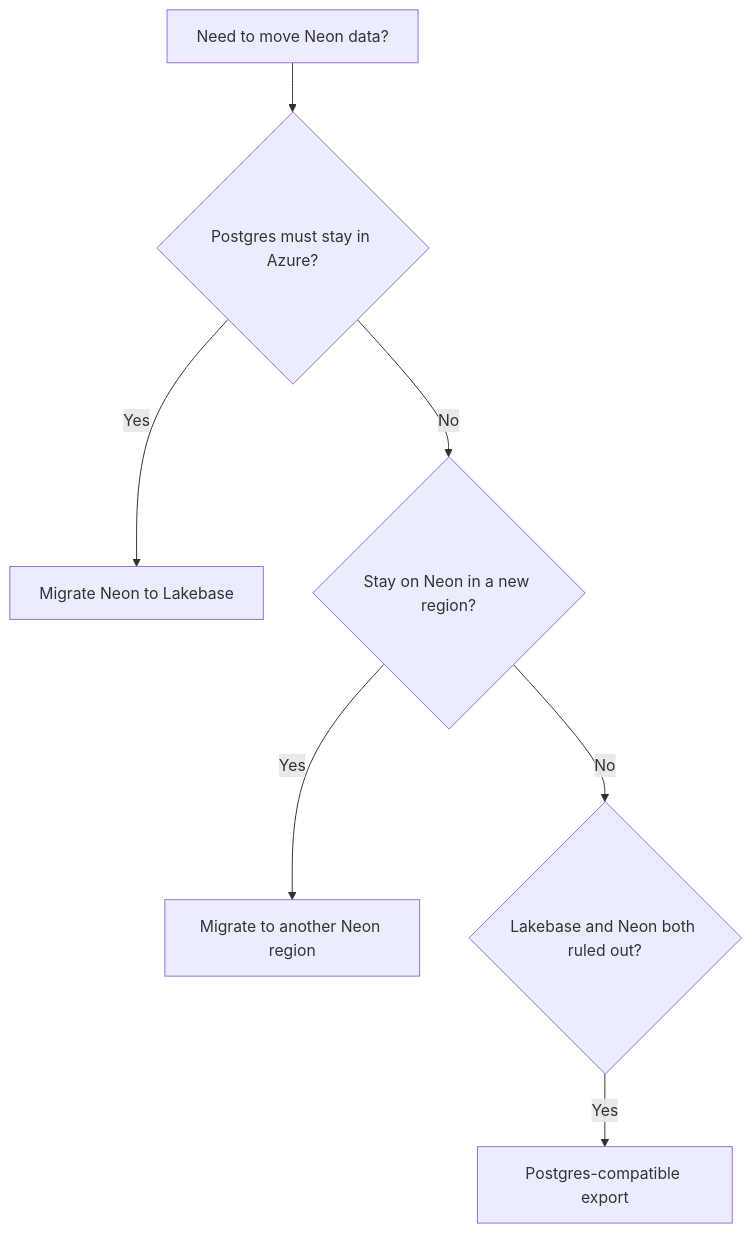
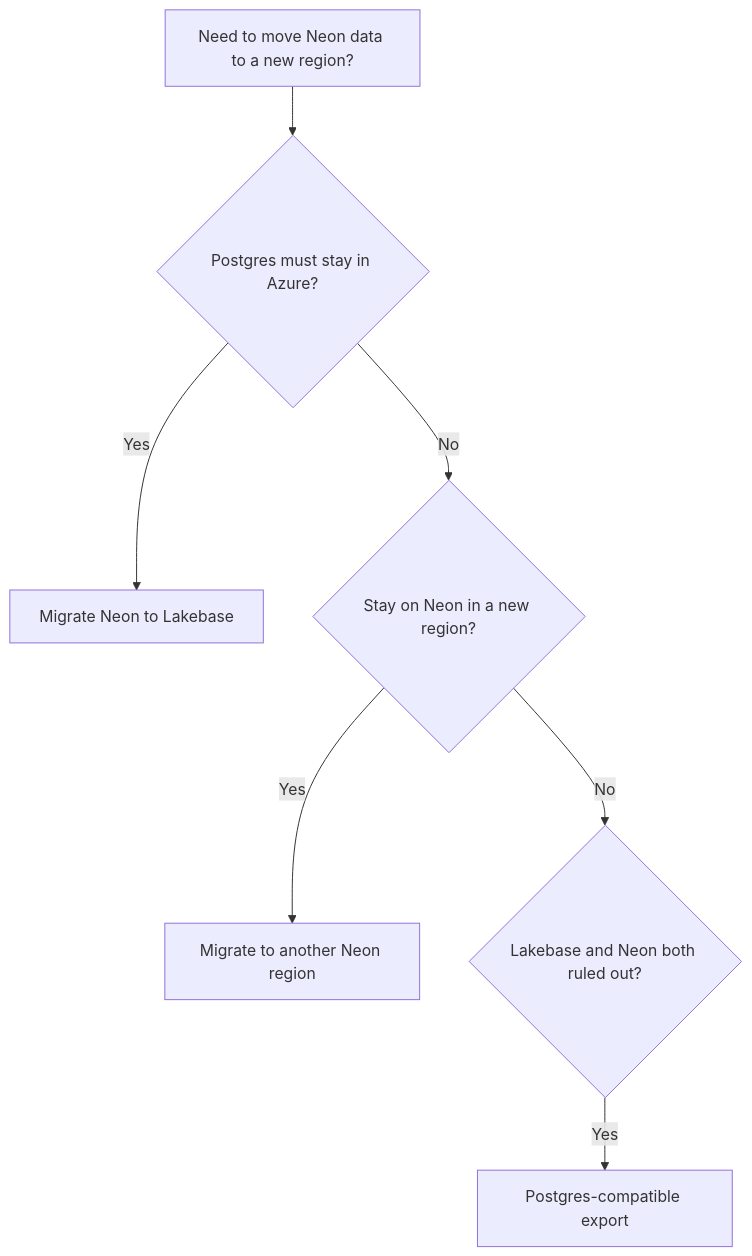
Before and after one commit to dhanushreddy291/neon-website: the diagram in content/docs/guides/region-migration.md, drawn with Mermaid. The commit also changed other lines of this file and 3 other files, not shown here.

````diff
--- a/content/docs/guides/region-migration.md
+++ b/content/docs/guides/region-migration.md
@@ -31,17 +31,17 @@
 ```mermaid
 flowchart TD
-  start["Need to move Neon data?"]
+  start["Need to move Neon data to a new region?"]
   q1{"Postgres must stay in Azure?"}
   lake["Migrate Neon to Lakebase"]
   q2{"Stay on Neon in a new region?"}
   neon["Migrate to another Neon region"]
   q3{"Lakebase and Neon both ruled out?"}
   exp["Postgres-compatible export"]
 
   start --> q1
   q1 -->|Yes| lake
   q1 -->|No| q2
   q2 -->|Yes| neon
   q2 -->|No| q3
   q3 -->|Yes| exp
 ```
````
